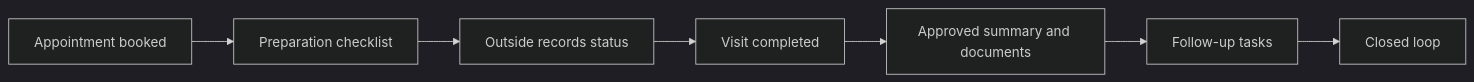
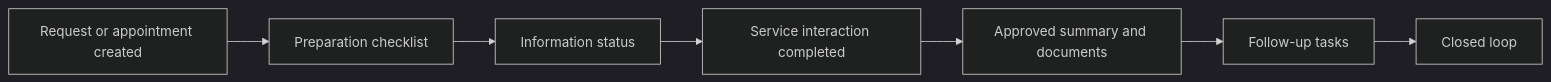
The diagram in README.md (AjaneeI/closing-the-loop-patient-portals), drawn with Mermaid (dark theme) before and after one commit. The commit also changed other lines of this file, not shown here.

````diff
--- a/README.md
+++ b/README.md
@@ -32,9 +32,9 @@
 ```mermaid
 flowchart LR
-    A["Appointment booked"] --> B["Preparation checklist"]
-    B --> C["Outside records status"]
-    C --> D["Visit completed"]
+    A["Request or appointment created"] --> B["Preparation checklist"]
+    B --> C["Information status"]
+    C --> D["Service interaction completed"]
     D --> E["Approved summary and documents"]
     E --> F["Follow-up tasks"]
     F --> G["Closed loop"]
 ```
````
